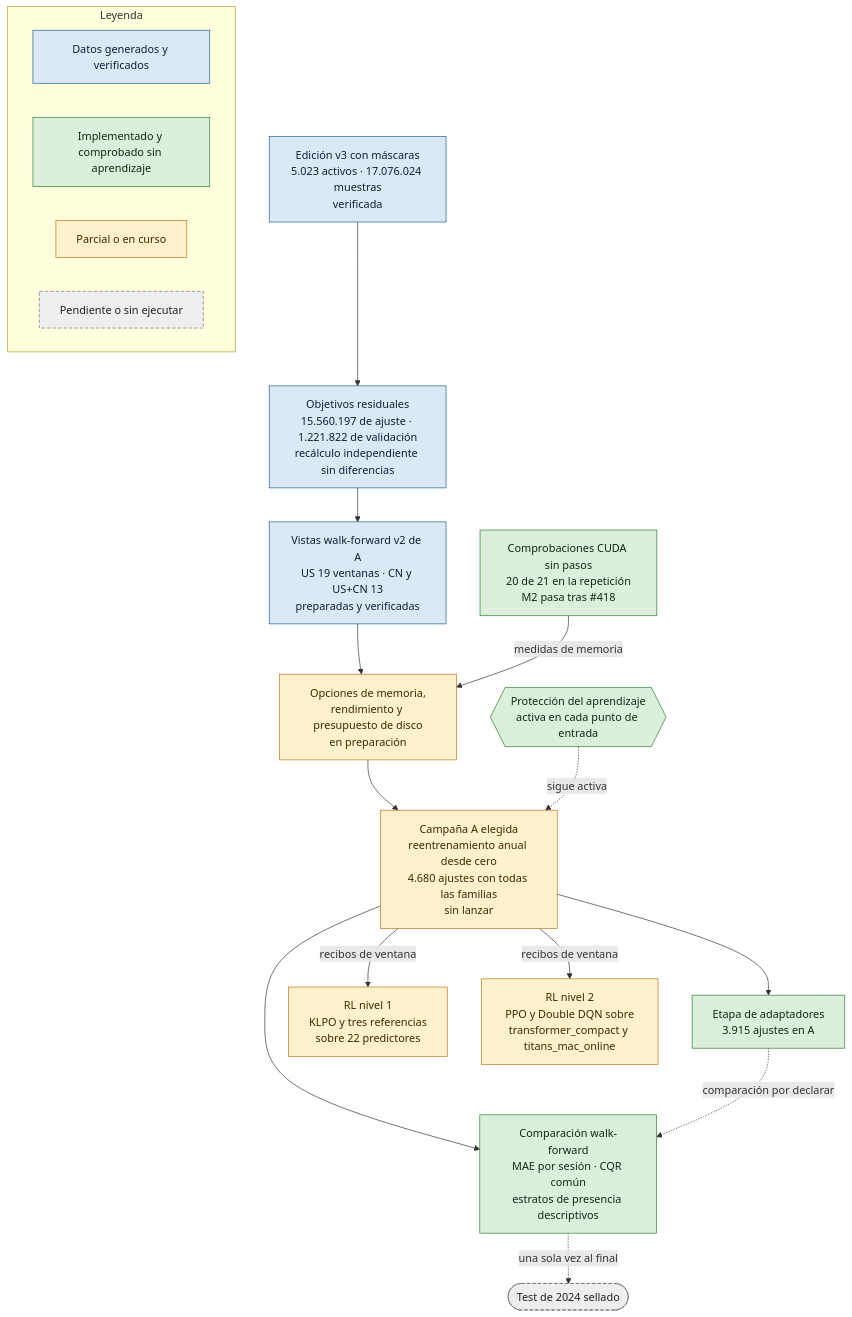
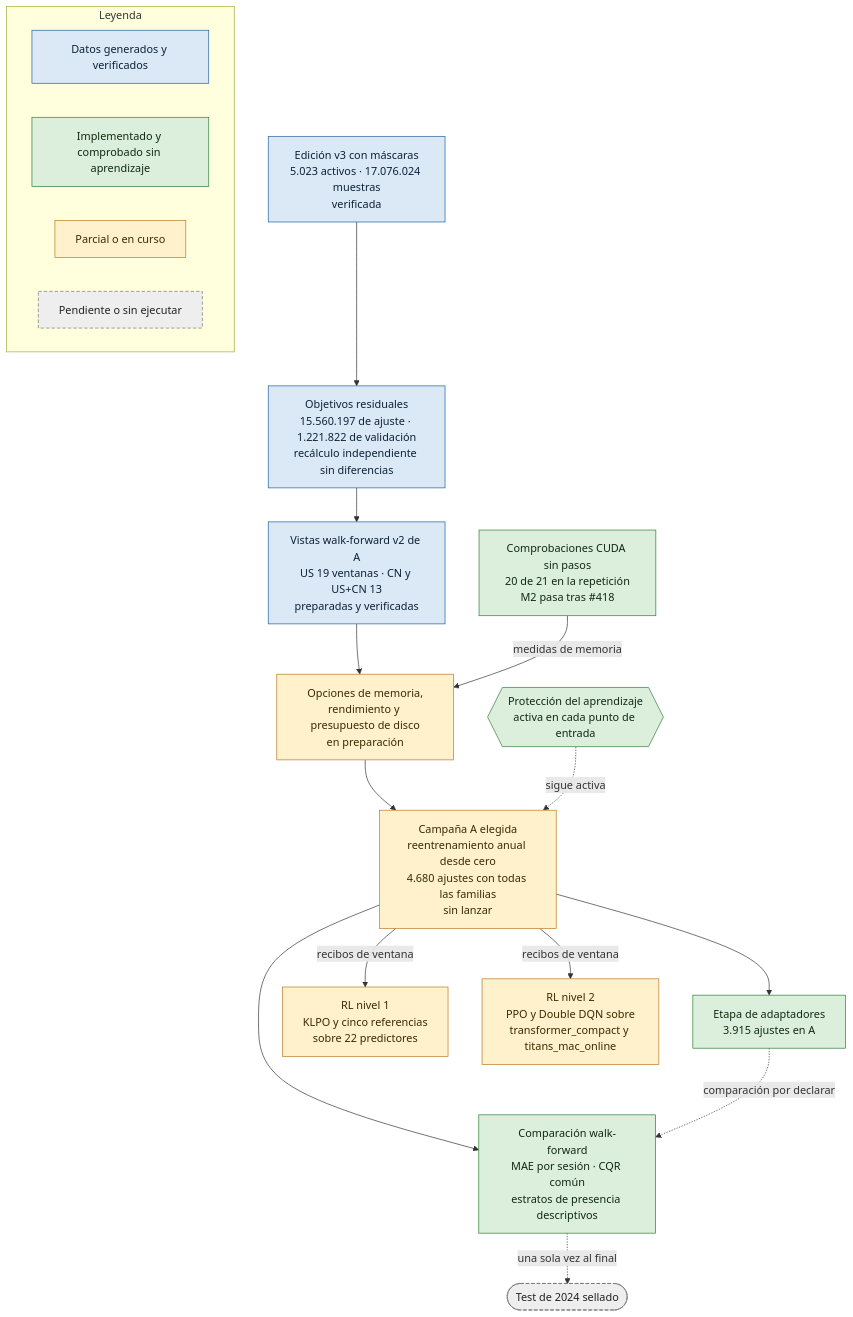
The first of 3 diagrams in README.md (GonxKZ/mars-titan), drawn with Mermaid before and after one commit. The commit also changed other lines of this file and 6 other files, not shown here.

````diff
--- a/README.md
+++ b/README.md
@@ -35,37 +35,37 @@
 ```mermaid
 flowchart TD
     E["Edición v3 con máscaras<br/>5.023 activos · 17.076.024 muestras<br/>verificada"]:::ejecutado
     O["Objetivos residuales<br/>15.560.197 de ajuste · 1.221.822 de validación<br/>recálculo independiente sin diferencias"]:::ejecutado
     H{{"Protección del aprendizaje<br/>activa en cada punto de entrada"}}:::comprobado
     W["Vistas walk-forward v2 de A<br/>US 19 ventanas · CN y US+CN 13<br/>preparadas y verificadas"]:::ejecutado
     K["Comprobaciones CUDA sin pasos<br/>20 de 21 en la repetición<br/>M2 pasa tras #418"]:::comprobado
     Q["Opciones de memoria,<br/>rendimiento y presupuesto de disco<br/>en preparación"]:::parcial
     A["Campaña A elegida<br/>reentrenamiento anual desde cero<br/>4.680 ajustes con todas las familias<br/>sin lanzar"]:::parcial
     P["Etapa de adaptadores<br/>3.915 ajustes en A"]:::comprobado
-    R1["RL nivel 1<br/>KLPO y tres referencias<br/>sobre 22 predictores"]:::parcial
+    R1["RL nivel 1<br/>KLPO y cinco referencias<br/>sobre 22 predictores"]:::parcial
     R2["RL nivel 2<br/>PPO y Double DQN sobre<br/>transformer_compact y titans_mac_online"]:::parcial
     C["Comparación walk-forward<br/>MAE por sesión · CQR común<br/>estratos de presencia descriptivos"]:::comprobado
     T(["Test de 2024 sellado"]):::pendiente
 
     E --> O --> W --> Q --> A
     K -- medidas de memoria --> Q
     H -. sigue activa .-> A
     A --> P
     A -- recibos de ventana --> R1
     A -- recibos de ventana --> R2
     A --> C
     P -. comparación por declarar .-> C
     C -. una sola vez al final .-> T
 
     subgraph LEY["Leyenda"]
         L0["Datos generados y verificados"]:::ejecutado
         L1["Implementado y comprobado sin aprendizaje"]:::comprobado
         L2["Parcial o en curso"]:::parcial
         L3["Pendiente o sin ejecutar"]:::pendiente
     end
 
     classDef ejecutado fill:#dbe8f6,stroke:#1f5f99,color:#0d2238
     classDef comprobado fill:#dcefdc,stroke:#2e7d32,color:#102a12
     classDef parcial fill:#fff1cc,stroke:#b7791f,color:#3a2a00
     classDef pendiente fill:#eeeeee,stroke:#757575,color:#222222,stroke-dasharray:5 3
 ```
````
